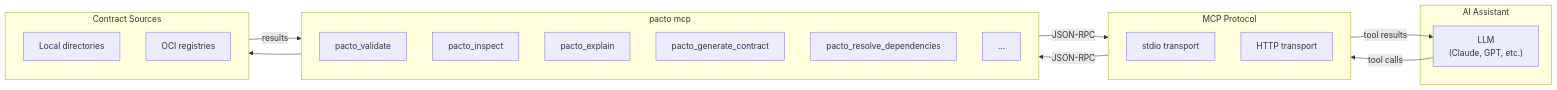
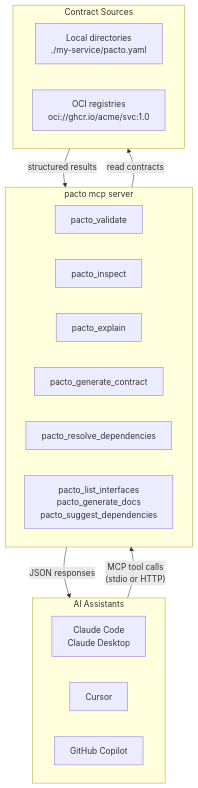
One commit to TrianaLab/pacto changed the diagram in docs/mcp-integration.md. Above: the diagram before and after it, drawn with Mermaid. The commit also changed other lines of this file, not shown here.

Commit message:
docs: improve MCP diagram readability and add Copilot integration
Redesign the Mermaid diagram to use top-down layout with larger
subgraphs showing all three AI assistants and all tool names for
better readability.

Add GitHub Copilot integration section with VS Code configuration
examples for both settings.json and .vscode/mcp.json approaches.

````diff
--- a/docs/mcp-integration.md
+++ b/docs/mcp-integration.md
@@ -24,34 +24,32 @@
 ```mermaid
-flowchart LR
-    subgraph AI["AI Assistant"]
-        LLM["LLM<br/>(Claude, GPT, etc.)"]
+flowchart TD
+    subgraph Assistants ["AI Assistants"]
+        direction LR
+        Claude["Claude Code\nClaude Desktop"]
+        Cursor["Cursor"]
+        Copilot["GitHub Copilot"]
     end
 
-    subgraph MCP["MCP Protocol"]
-        direction TB
-        STDIO["stdio transport"]
-        HTTP["HTTP transport"]
+    Assistants -->|"MCP tool calls\n(stdio or HTTP)"| Server
+
+    subgraph Server ["pacto mcp server"]
+        direction LR
+        validate["pacto_validate"]
+        inspect["pacto_inspect"]
+        explain["pacto_explain"]
+        generate["pacto_generate_contract"]
+        deps["pacto_resolve_dependencies"]
+        more["pacto_list_interfaces\npacto_generate_docs\npacto_suggest_dependencies"]
     end
 
-    subgraph Pacto["pacto mcp"]
-        direction TB
-        T1["pacto_validate"]
-        T2["pacto_inspect"]
-        T3["pacto_explain"]
-        T4["pacto_generate_contract"]
-        T5["pacto_resolve_dependencies"]
-        T6["..."]
+    Server -->|"read contracts"| Sources
+
+    subgraph Sources ["Contract Sources"]
+        direction LR
+        local["Local directories\n./my-service/pacto.yaml"]
+        oci["OCI registries\noci://ghcr.io/acme/svc:1.0"]
     end
 
-    subgraph Sources["Contract Sources"]
-        LOCAL["Local directories"]
-        OCI["OCI registries"]
-    end
-
-    LLM -- "tool calls" --> MCP
-    MCP -- "JSON-RPC" --> Pacto
-    Pacto --> Sources
-    Sources -- "results" --> Pacto
-    Pacto -- "JSON-RPC" --> MCP
-    MCP -- "tool results" --> LLM
+    Sources -->|"structured results"| Server
+    Server -->|"JSON responses"| Assistants
 ```
````
